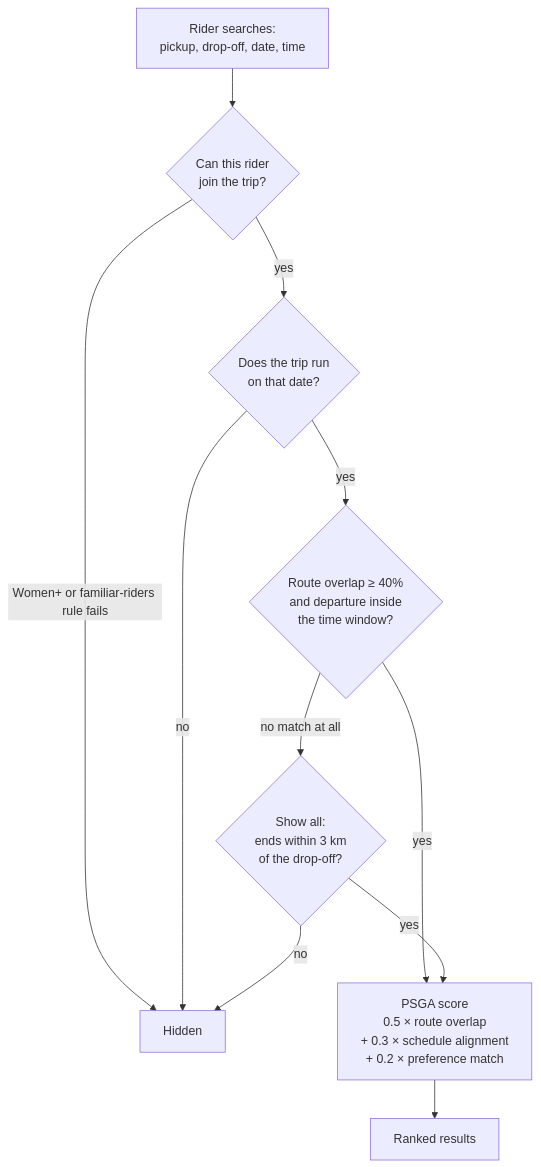
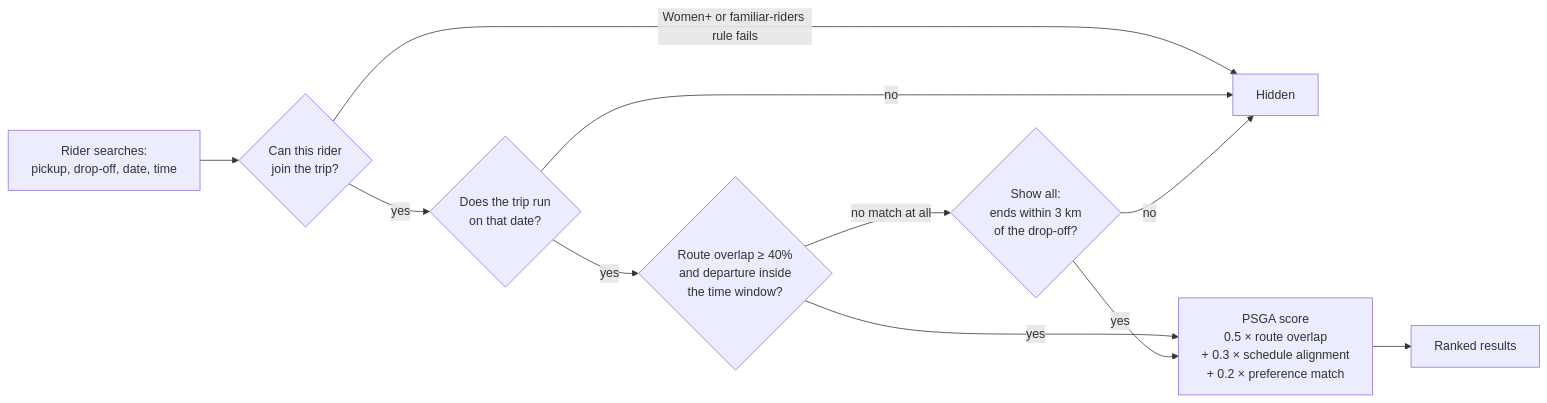
One commit to KlRAAA/rideshare-eu changed the second of 2 diagrams in README.md. Above: the diagram before and after it, drawn with Mermaid.

Commit message:
docs: lay out the matching diagram left to right

````diff
--- a/README.md
+++ b/README.md
@@ -125,13 +125,13 @@
 ```mermaid
-flowchart TD
+flowchart LR
     q[Rider searches:<br/>pickup, drop-off, date, time] --> elig{Can this rider<br/>join the trip?}
     elig -->|Women+ or familiar-riders rule fails| drop[Hidden]
     elig -->|yes| date{Does the trip run<br/>on that date?}
     date -->|no| drop
     date -->|yes| gate{Route overlap ≥ 40%<br/>and departure inside<br/>the time window?}
     gate -->|yes| score["PSGA score<br/>0.5 × route overlap<br/>+ 0.3 × schedule alignment<br/>+ 0.2 × preference match"]
     score --> list[Ranked results]
     gate -->|no match at all| all{"Show all:<br/>ends within 3 km<br/>of the drop-off?"}
     all -->|yes| score
     all -->|no| drop
 ```
````
